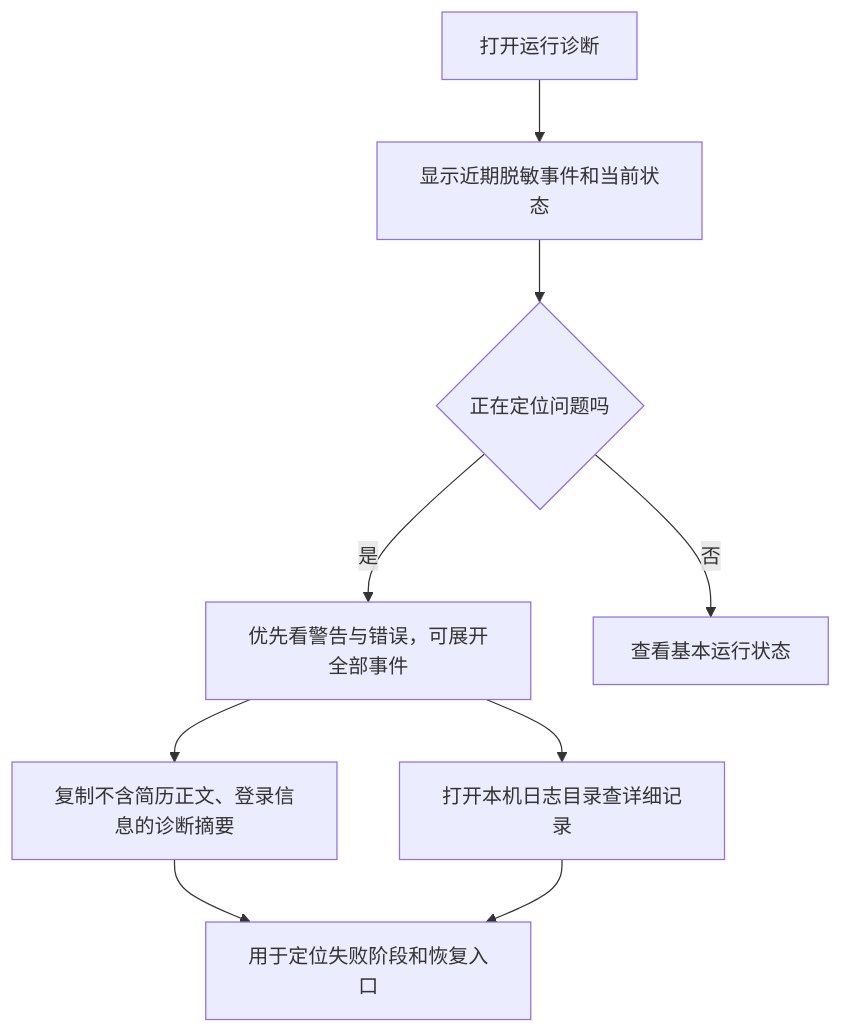
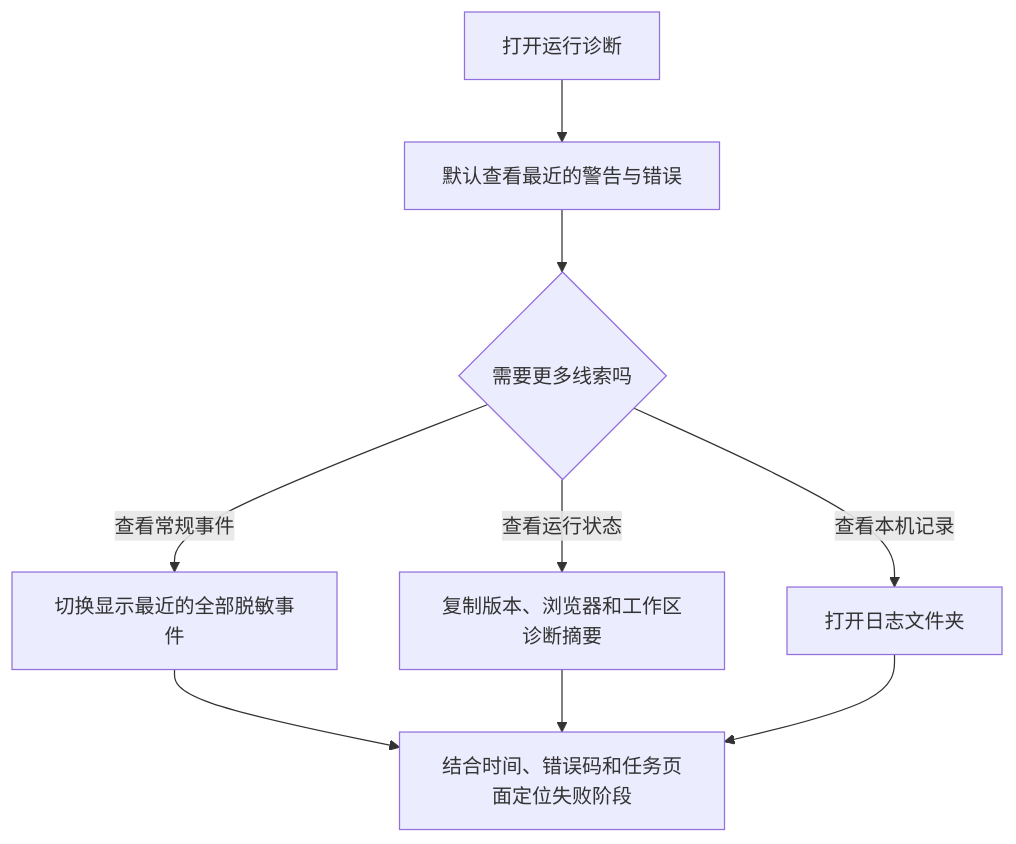
One commit to daydreamer0213/OfferGo changed diagram 15 of 16 in docs/offergo-product-module-flows.md. Above: the diagram before and after it, drawn with Mermaid. The commit also changed other lines of this file, not shown here.

Commit message:
docs: correct OfferGo module flow diagrams against code

````diff
--- a/docs/offergo-product-module-flows.md
+++ b/docs/offergo-product-module-flows.md
@@ -327,11 +353,11 @@
 ```mermaid
 flowchart TD
-  A[打开运行诊断] --> B[显示近期脱敏事件和当前状态]
-  B --> C{正在定位问题吗}
-  C -- 是 --> D[优先看警告与错误，可展开全部事件]
-  C -- 否 --> E[查看基本运行状态]
-  D --> F[复制不含简历正文、登录信息的诊断摘要]
-  D --> G[打开本机日志目录查详细记录]
-  F --> H[用于定位失败阶段和恢复入口]
-  G --> H
+  A[打开运行诊断] --> B[默认查看最近的警告与错误]
+  B --> C{需要更多线索吗}
+  C -- 查看常规事件 --> D[切换显示最近的全部脱敏事件]
+  C -- 查看运行状态 --> E[复制版本、浏览器和工作区诊断摘要]
+  C -- 查看本机记录 --> F[打开日志文件夹]
+  D --> G[结合时间、错误码和任务页面定位失败阶段]
+  E --> G
+  F --> G
 ```
````
